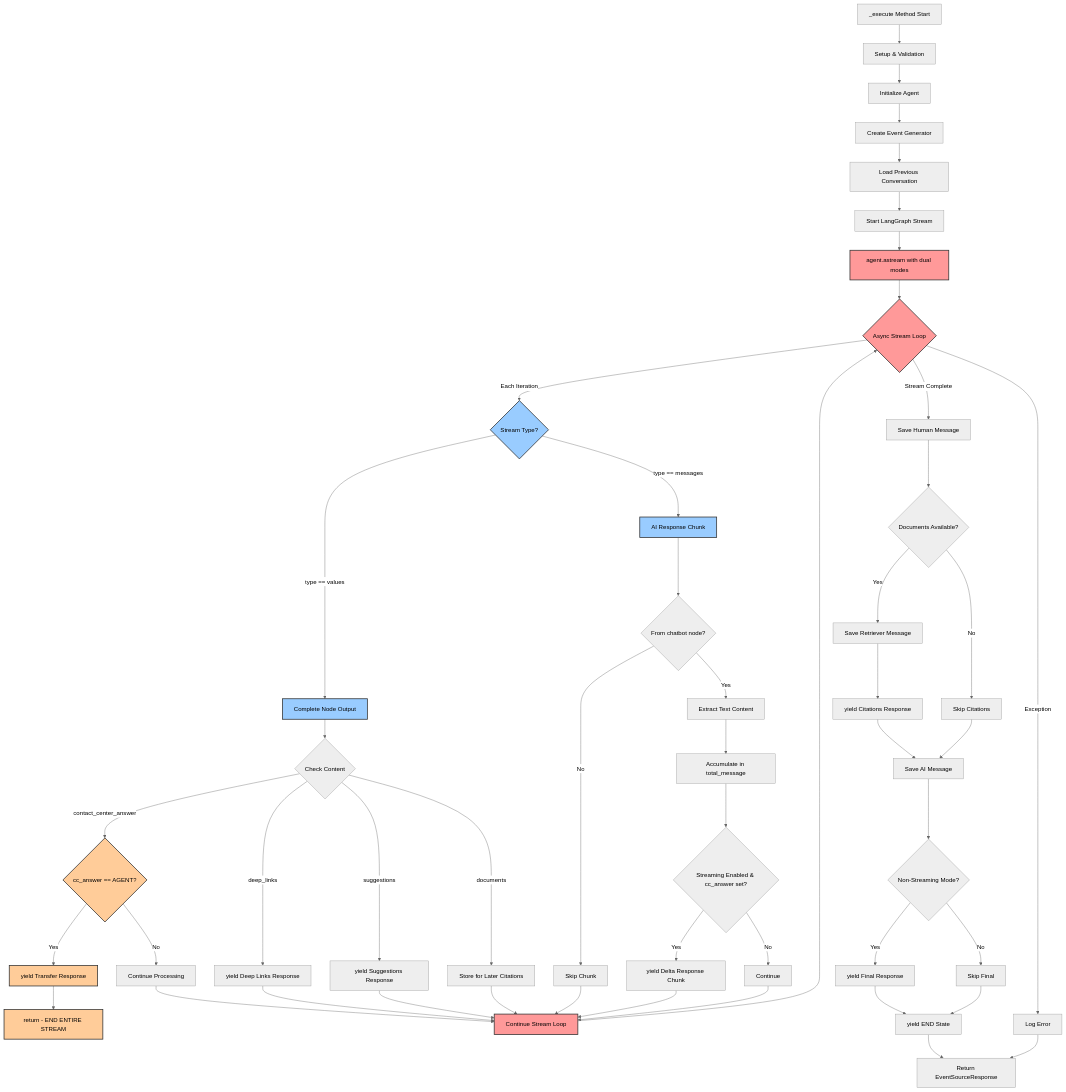
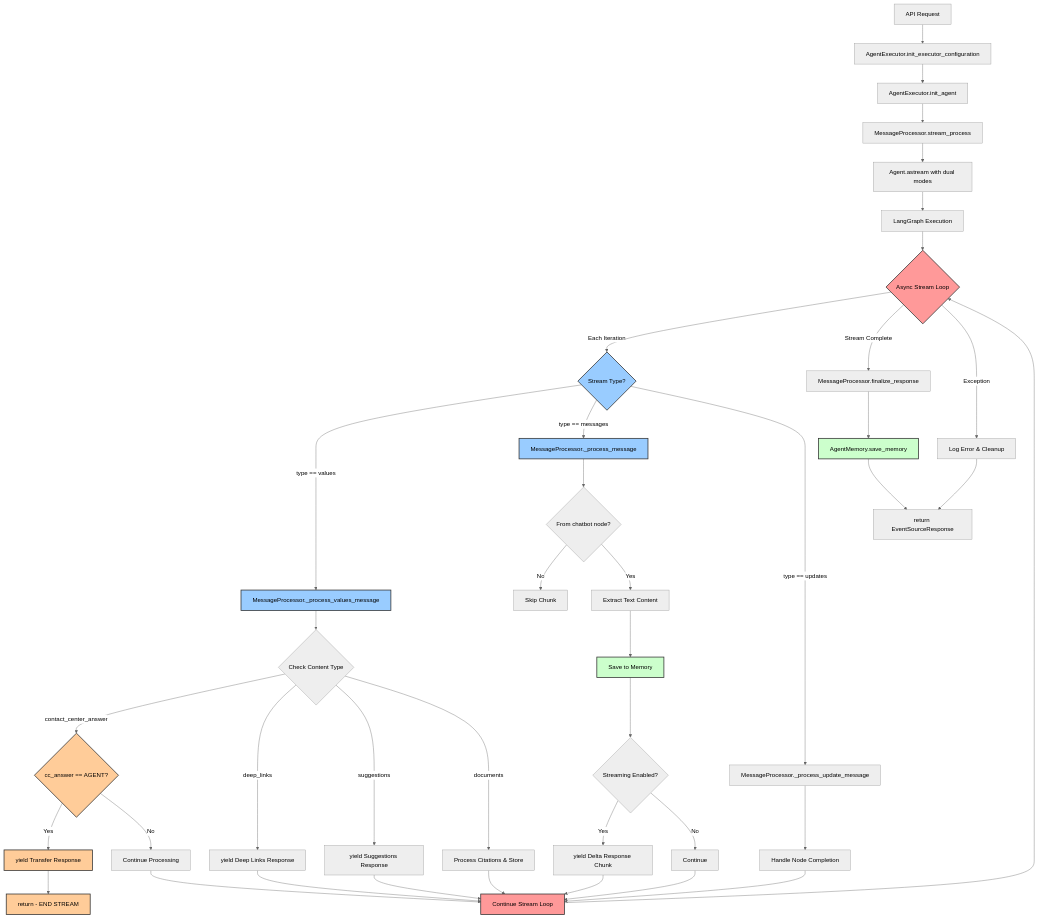
The diagram in execute-method-flow.md (SAN-AITech/IA-mb-api-chatbot-docs), drawn with Mermaid (neutral theme) before and after one commit. The commit also changed other lines of this file and 8 other files, not shown here.

````diff
--- a/execute-method-flow.md
+++ b/execute-method-flow.md
@@ -11,75 +11,70 @@
 ```mermaid
 graph TD
-    A[_execute Method Start] --> B[Setup & Validation]
-    B --> C[Initialize Agent]
-    C --> D[Create Event Generator]
-    D --> E[Load Previous Conversation]
-    E --> F[Start LangGraph Stream]
+    A[API Request] --> B[AgentExecutor.init_executor_configuration]
+    B --> C[AgentExecutor.init_agent]
+    C --> D[MessageProcessor.stream_process]
+    D --> E[Agent.astream with dual modes]
+    E --> F[LangGraph Execution]
     
-    F --> G[agent.astream with dual modes]
-    G --> H{Async Stream Loop}
+    F --> G{Async Stream Loop}
     
     %% Dual Stream Processing
-    H -->|Each Iteration| I{Stream Type?}
+    G -->|Each Iteration| H{Stream Type?}
     
     %% Values Stream Branch
-    I -->|type == values| J[Complete Node Output]
-    J --> K{Check Content}
+    H -->|type == values| I[MessageProcessor._process_values_message]
+    I --> J{Check Content Type}
     
-    K -->|contact_center_answer| L{cc_answer == AGENT?}
-    L -->|Yes| M[yield Transfer Response]
-    M --> N[return - END ENTIRE STREAM]
-    L -->|No| O[Continue Processing]
+    J -->|contact_center_answer| K{cc_answer == AGENT?}
+    K -->|Yes| L[yield Transfer Response]
+    L --> M[return - END STREAM]
+    K -->|No| N[Continue Processing]
     
-    K -->|deep_links| P[yield Deep Links Response]
-    K -->|suggestions| Q[yield Suggestions Response]
-    K -->|documents| R[Store for Later Citations]
+    J -->|deep_links| O[yield Deep Links Response]
+    J -->|suggestions| P[yield Suggestions Response]
+    J -->|documents| Q[Process Citations & Store]
     
     %% Messages Stream Branch  
-    I -->|type == messages| S[AI Response Chunk]
-    S --> T{From chatbot node?}
-    T -->|No| U[Skip Chunk]
-    T -->|Yes| V[Extract Text Content]
-    V --> W[Accumulate in total_message]
-    W --> X{Streaming Enabled & cc_answer set?}
-    X -->|Yes| Y[yield Delta Response Chunk]
-    X -->|No| Z[Continue]
+    H -->|type == messages| R[MessageProcessor._process_message]
+    R --> S{From chatbot node?}
+    S -->|No| T[Skip Chunk]
+    S -->|Yes| U[Extract Text Content]
+    U --> V[Save to Memory]
+    V --> W{Streaming Enabled?}
+    W -->|Yes| X[yield Delta Response Chunk]
+    W -->|No| Y[Continue]
+    
+    %% Updates Stream Branch
+    H -->|type == updates| Z[MessageProcessor._process_update_message]
+    Z --> AA[Handle Node Completion]
     
     %% Loop Back
-    O --> AA[Continue Stream Loop]
-    P --> AA
-    Q --> AA
-    R --> AA
-    U --> AA
-    Y --> AA
-    Z --> AA
-    AA --> H
+    N --> BB[Continue Stream Loop]
+    O --> BB
+    P --> BB
+    Q --> BB
+    X --> BB
+    Y --> BB
+    AA --> BB
+    BB --> G
     
     %% Stream Completion
-    H -->|Stream Complete| BB[Save Human Message]
-    BB --> CC{Documents Available?}
-    CC -->|Yes| DD[Save Retriever Message]
-    CC -->|No| EE[Skip Citations]
-    DD --> FF[yield Citations Response]
-    FF --> GG[Save AI Message]
-    EE --> GG
-    GG --> HH{Non-Streaming Mode?}
-    HH -->|Yes| II[yield Final Response]
-    HH -->|No| JJ[Skip Final]
-    II --> KK[yield END State]
-    JJ --> KK
-    KK --> LL[Return EventSourceResponse]
+    G -->|Stream Complete| CC[MessageProcessor.finalize_response]
+    CC --> DD[AgentMemory.save_memory]
+    DD --> EE[return EventSourceResponse]
     
     %% Error Handling
-    H -->|Exception| MM[Log Error]
-    MM --> LL
+    G -->|Exception| FF[Log Error & Cleanup]
+    FF --> EE
     
     %% Critical Path Highlighting
     classDef criticalPath fill:#ff9999,stroke:#333,stroke-width:2px;
     classDef dualStream fill:#99ccff,stroke:#333,stroke-width:2px;
     classDef earlyTermination fill:#ffcc99,stroke:#333,stroke-width:2px;
+    classDef memoryOps fill:#ccffcc,stroke:#333,stroke-width:2px;
     
-    class L,M,N earlyTermination;
-    class I,J,S dualStream;
-    class G,H,AA criticalPath;
+    class K,L,M earlyTermination;
+    class H,I,R dualStream;
+    class G,BB criticalPath;
+    class V,DD memoryOps;
 ```
````
